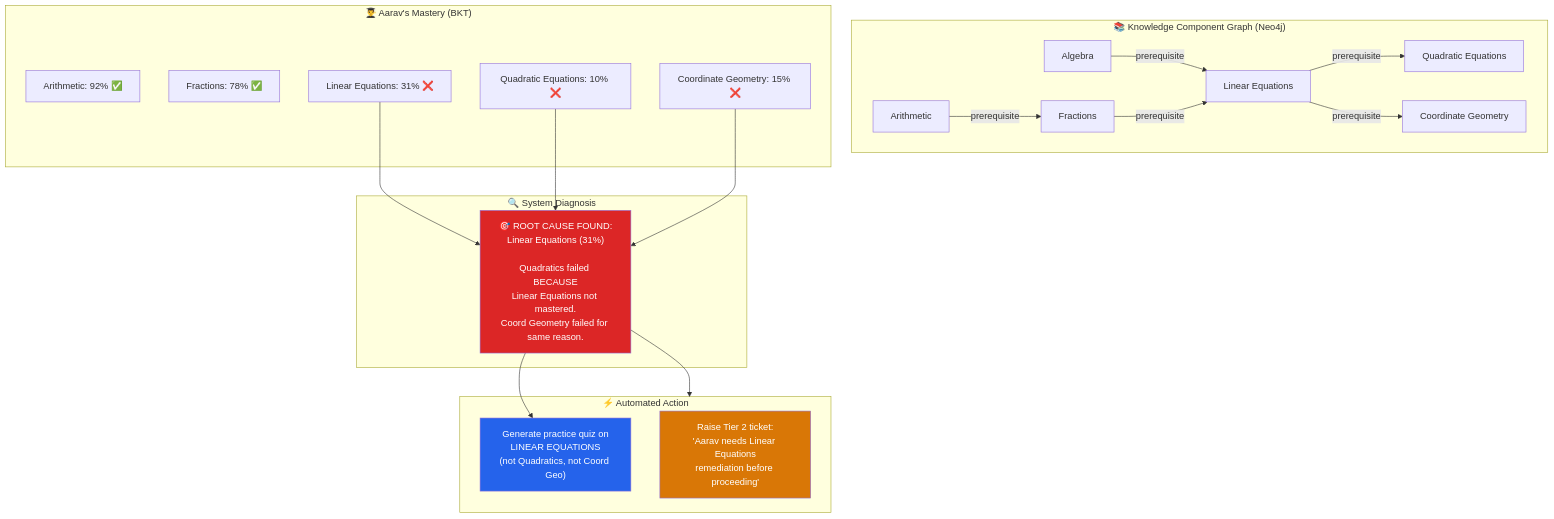
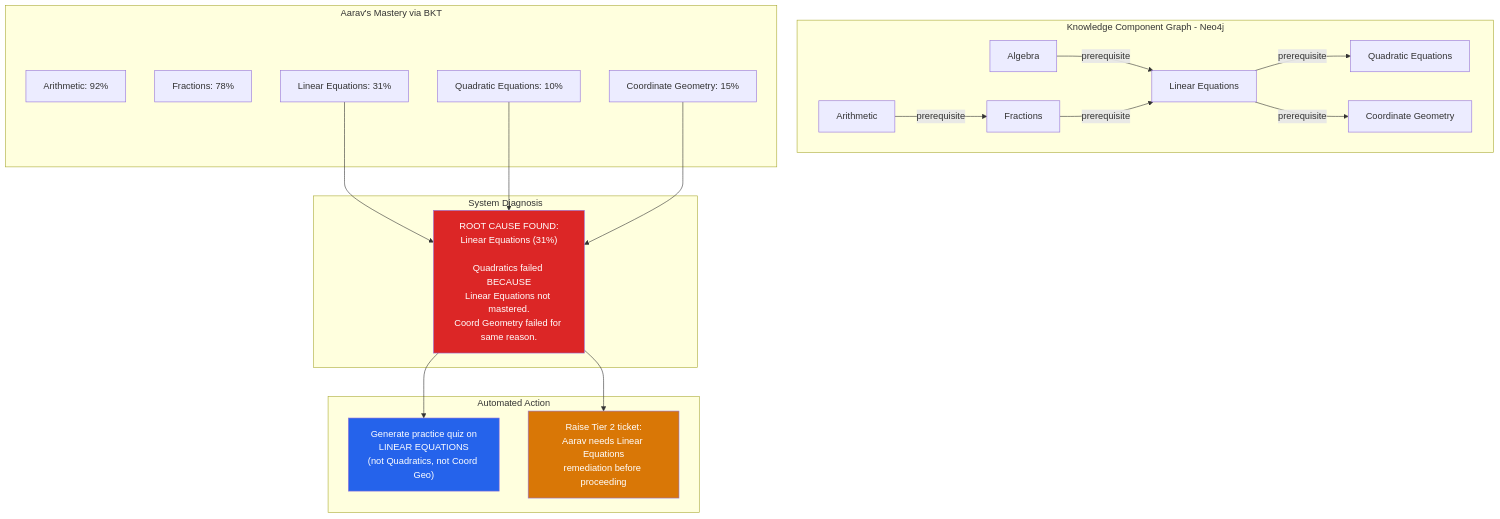
One commit to SanjayS-007/sahayak360-mvp changed the third of 12 diagrams in README.md. Above: the diagram before and after it, drawn with Mermaid. The commit also changed other lines of this file, not shown here.

````diff
--- a/README.md
+++ b/README.md
@@ -143,37 +124,37 @@
 ```mermaid
 graph TD
-    subgraph KNOWLEDGE["📚 Knowledge Component Graph (Neo4j)"]
+    subgraph KNOWLEDGE["Knowledge Component Graph - Neo4j"]
         ALG[Algebra] -->|prerequisite| LE[Linear Equations]
         LE -->|prerequisite| QE[Quadratic Equations]
         ARITH[Arithmetic] -->|prerequisite| FRAC[Fractions]
         FRAC -->|prerequisite| LE
         LE -->|prerequisite| COORD[Coordinate Geometry]
     end
 
-    subgraph STUDENT["👨‍🎓 Aarav's Mastery (BKT)"]
-        M1["Arithmetic: 92% ✅"]
-        M2["Fractions: 78% ✅"]
-        M3["Linear Equations: 31% ❌"]
-        M4["Quadratic Equations: 10% ❌"]
-        M5["Coordinate Geometry: 15% ❌"]
+    subgraph STUDENT["Aarav's Mastery via BKT"]
+        M1["Arithmetic: 92%"]
+        M2["Fractions: 78%"]
+        M3["Linear Equations: 31%"]
+        M4["Quadratic Equations: 10%"]
+        M5["Coordinate Geometry: 15%"]
     end
 
-    subgraph DIAGNOSIS["🔍 System Diagnosis"]
-        ROOT["🎯 ROOT CAUSE FOUND:<br/>Linear Equations (31%)<br/><br/>Quadratics failed BECAUSE<br/>Linear Equations not mastered.<br/>Coord Geometry failed for same reason."]
+    subgraph DIAGNOSIS["System Diagnosis"]
+        ROOT["ROOT CAUSE FOUND:<br/>Linear Equations (31%)<br/><br/>Quadratics failed BECAUSE<br/>Linear Equations not mastered.<br/>Coord Geometry failed for same reason."]
     end
 
-    subgraph ACTION["⚡ Automated Action"]
+    subgraph ACTION["Automated Action"]
         QUIZ["Generate practice quiz on<br/>LINEAR EQUATIONS<br/>(not Quadratics, not Coord Geo)"]
-        TICKET["Raise Tier 2 ticket:<br/>'Aarav needs Linear Equations<br/>remediation before proceeding'"]
+        TICKET["Raise Tier 2 ticket:<br/>Aarav needs Linear Equations<br/>remediation before proceeding"]
     end
 
     M3 --> ROOT
     M4 --> ROOT
     M5 --> ROOT
     ROOT --> QUIZ
-    ROOT --> ACTION
+    ROOT --> TICKET
 
     style ROOT fill:#dc2626,color:#fff
     style QUIZ fill:#2563eb,color:#fff
     style TICKET fill:#d97706,color:#fff
 ```
````
